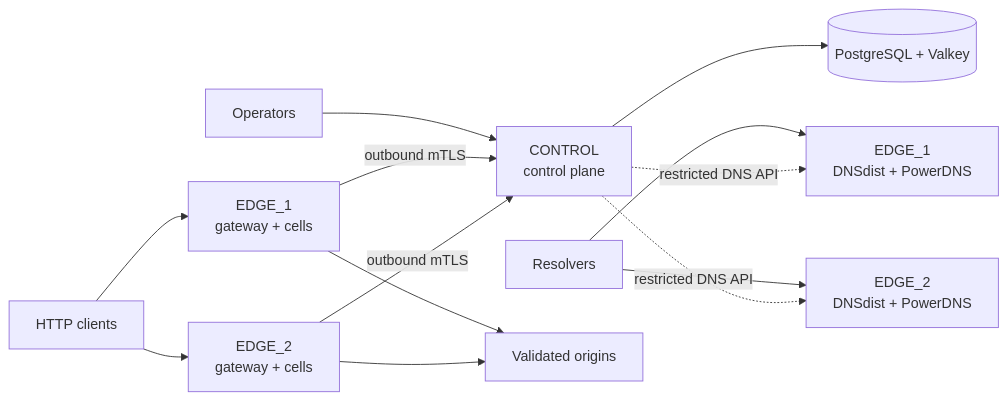
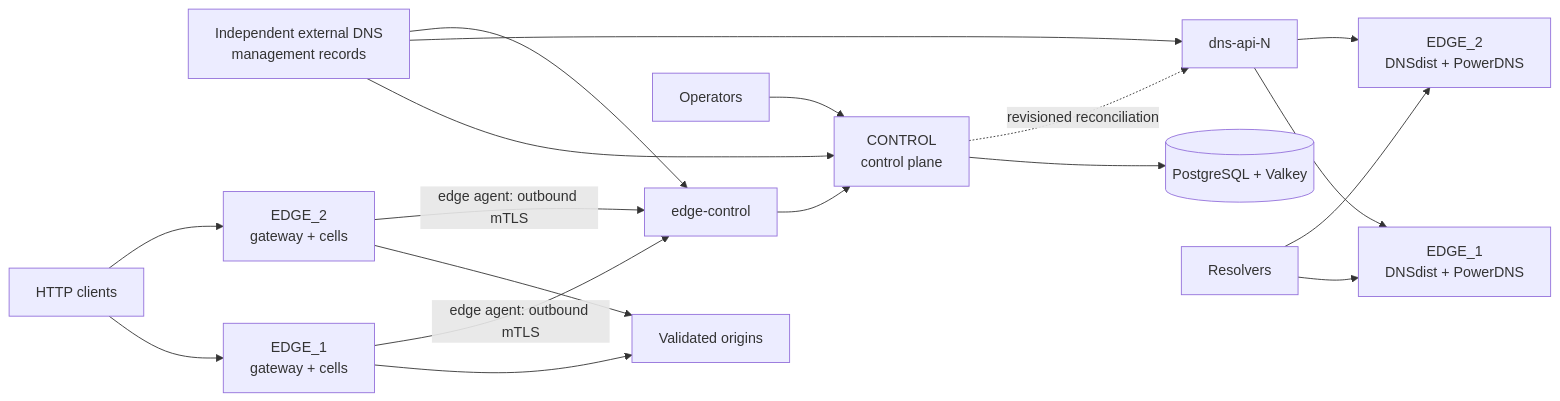
The first of 4 diagrams in docs/architecture/production-reference-architectures.md (vaheed/CDNFoundry), drawn with Mermaid before and after one commit. The commit also changed other lines of this file and 23 other files, not shown here.

````diff
--- a/docs/architecture/production-reference-architectures.md
+++ b/docs/architecture/production-reference-architectures.md
@@ -43,15 +43,20 @@
 ```mermaid
 flowchart LR
+    ExternalDNS["Independent external DNS<br/>management records"] --> CONTROL
+    ExternalDNS --> DNSAPI["dns-api-N"]
+    ExternalDNS --> EC["edge-control"]
     Operators["Operators"] --> CONTROL["CONTROL<br>control plane"]
     CONTROL --> State[("PostgreSQL + Valkey")]
     Resolver["Resolvers"] --> EDGE1DNS["EDGE_1<br>DNSdist + PowerDNS"]
     Resolver --> EDGE2DNS["EDGE_2<br>DNSdist + PowerDNS"]
     Clients["HTTP clients"] --> EDGE1GW["EDGE_1<br>gateway + cells"]
     Clients --> EDGE2GW["EDGE_2<br>gateway + cells"]
-    CONTROL -. "restricted DNS API" .-> EDGE1DNS
-    CONTROL -. "restricted DNS API" .-> EDGE2DNS
+    CONTROL -. "revisioned reconciliation" .-> DNSAPI
+    DNSAPI --> EDGE1DNS
+    DNSAPI --> EDGE2DNS
     EDGE1GW --> Origins["Validated origins"]
     EDGE2GW --> Origins
-    EDGE1GW -->|"outbound mTLS"| CONTROL
-    EDGE2GW -->|"outbound mTLS"| CONTROL
+    EDGE1GW -->|"edge agent: outbound mTLS"| EC
+    EDGE2GW -->|"edge agent: outbound mTLS"| EC
+    EC --> CONTROL
 ```
````
